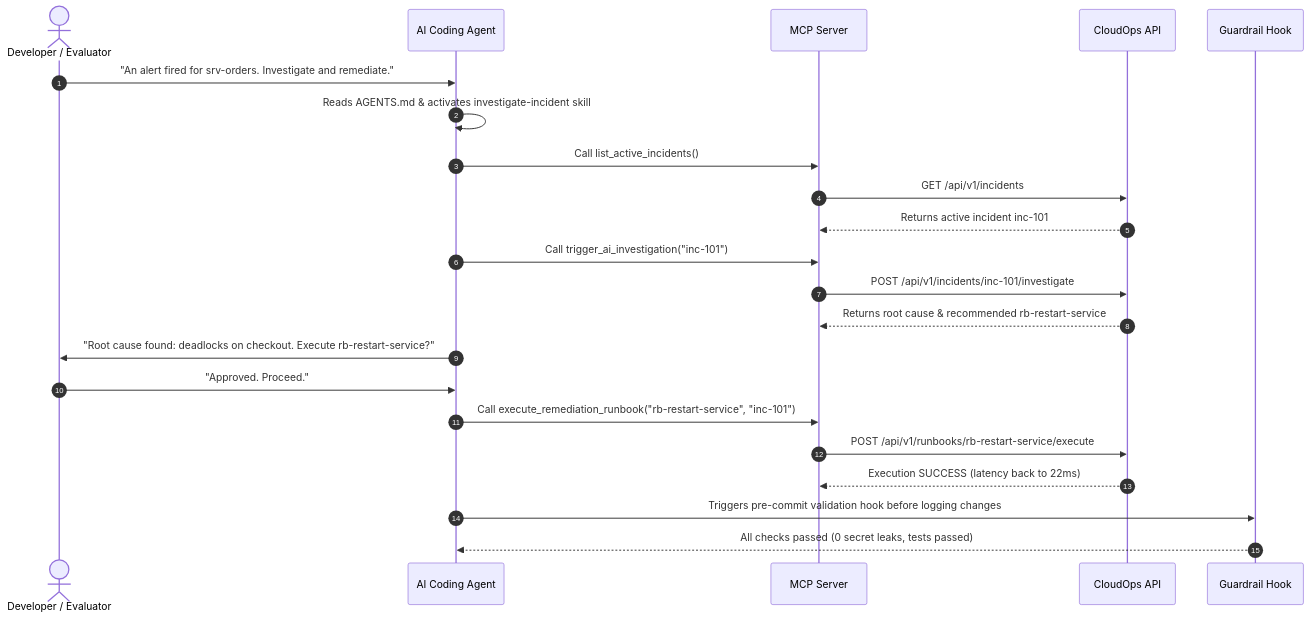
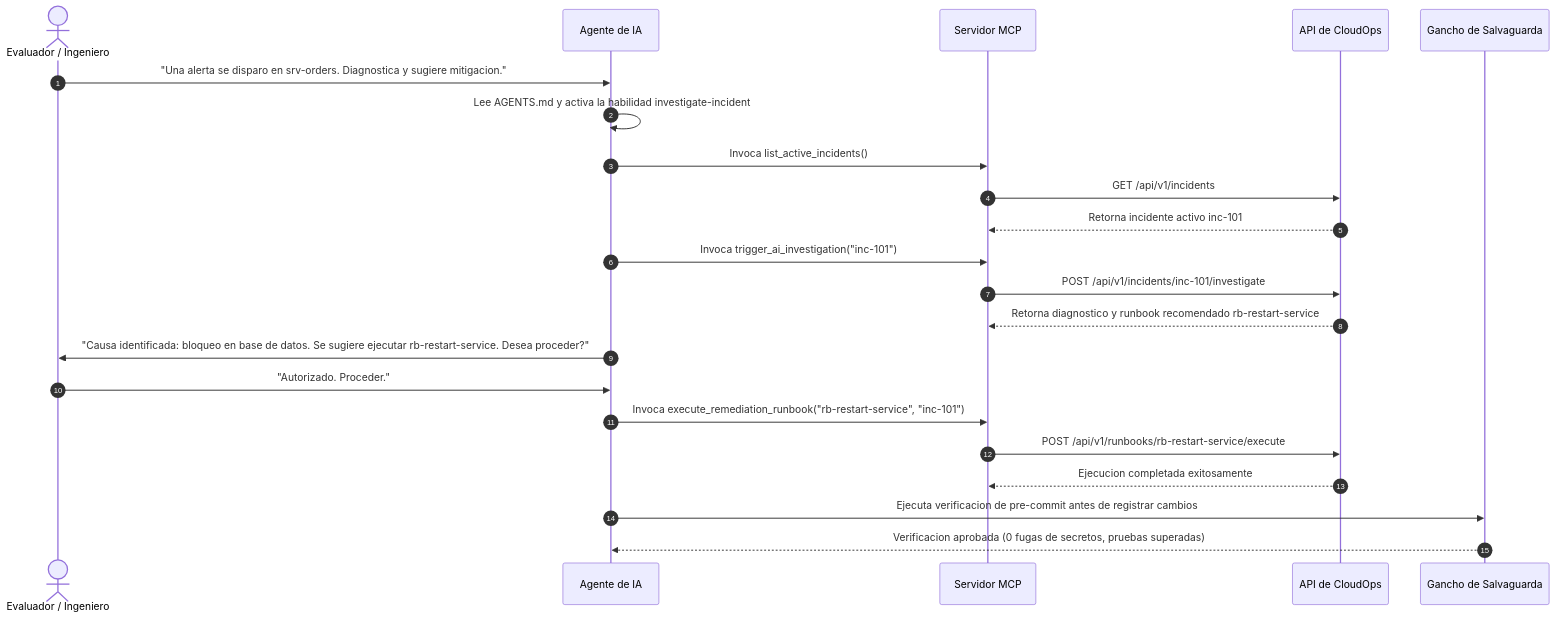
Before and after one commit to NativelogXD/proyecto-1-zoomcamp-ai-dev: the diagram in docs/agent-extension-pack.md, drawn with Mermaid. The commit also changed other lines of this file and 24 other files, not shown here.

````diff
--- a/docs/agent-extension-pack.md
+++ b/docs/agent-extension-pack.md
@@ -21,25 +19,25 @@
 ```mermaid
 sequenceDiagram
     autonumber
-    actor Dev as Developer / Evaluator
-    participant Agent as AI Coding Agent
-    participant MCP as MCP Server
-    participant API as CloudOps API
-    participant Hook as Guardrail Hook
+    actor Desarrollador as Evaluador / Ingeniero
+    participant Agente as Agente de IA
+    participant MCP as Servidor MCP
+    participant API as API de CloudOps
+    participant Gancho as Gancho de Salvaguarda
 
-    Dev->>Agent: "An alert fired for srv-orders. Investigate and remediate."
-    Agent->>Agent: Reads AGENTS.md & activates investigate-incident skill
-    Agent->>MCP: Call list_active_incidents()
+    Desarrollador->>Agente: "Una alerta se disparo en srv-orders. Diagnostica y sugiere mitigacion."
+    Agente->>Agente: Lee AGENTS.md y activa la habilidad investigate-incident
+    Agente->>MCP: Invoca list_active_incidents()
     MCP->>API: GET /api/v1/incidents
-    API-->>MCP: Returns active incident inc-101
-    Agent->>MCP: Call trigger_ai_investigation("inc-101")
+    API-->>MCP: Retorna incidente activo inc-101
+    Agente->>MCP: Invoca trigger_ai_investigation("inc-101")
     MCP->>API: POST /api/v1/incidents/inc-101/investigate
-    API-->>MCP: Returns root cause & recommended rb-restart-service
-    Agent->>Dev: "Root cause found: deadlocks on checkout. Execute rb-restart-service?"
-    Dev->>Agent: "Approved. Proceed."
-    Agent->>MCP: Call execute_remediation_runbook("rb-restart-service", "inc-101")
+    API-->>MCP: Retorna diagnostico y runbook recomendado rb-restart-service
+    Agente->>Desarrollador: "Causa identificada: bloqueo en base de datos. Se sugiere ejecutar rb-restart-service. Desea proceder?"
+    Desarrollador->>Agente: "Autorizado. Proceder."
+    Agente->>MCP: Invoca execute_remediation_runbook("rb-restart-service", "inc-101")
     MCP->>API: POST /api/v1/runbooks/rb-restart-service/execute
-    API-->>MCP: Execution SUCCESS (latency back to 22ms)
-    Agent->>Hook: Triggers pre-commit validation hook before logging changes
-    Hook-->>Agent: All checks passed (0 secret leaks, tests passed)
+    API-->>MCP: Ejecucion completada exitosamente
+    Agente->>Gancho: Ejecuta verificacion de pre-commit antes de registrar cambios
+    Gancho-->>Agente: Verificacion aprobada (0 fugas de secretos, pruebas superadas)
 ```
````
